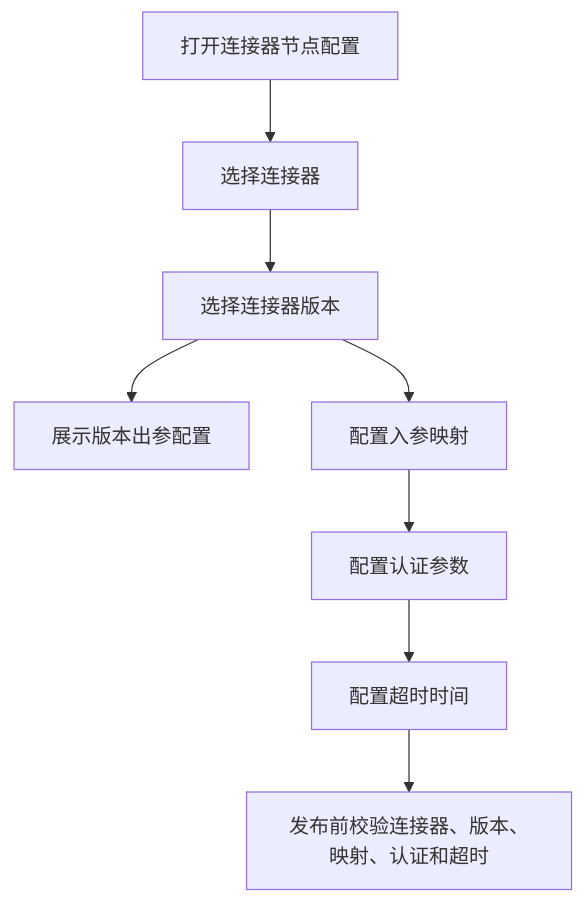
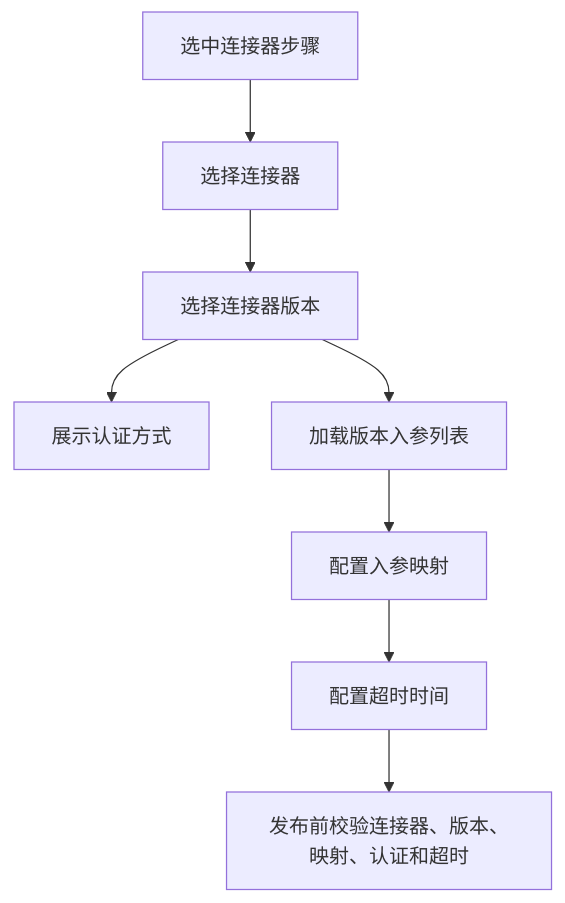
Before and after one commit to THZSummer/open-app: the seventh of 17 diagrams in front/doc/2026年6月文档/连接流配置需求设计说明书.md, drawn with Mermaid. The commit also changed other lines of this file and 2 other files, not shown here.

````diff
--- a/front/doc/2026年6月文档/连接流配置需求设计说明书.md
+++ b/front/doc/2026年6月文档/连接流配置需求设计说明书.md
@@ -318,10 +364,10 @@
 ```mermaid
 flowchart TD
-  OpenConnector[打开连接器节点配置] --> SelectConnector[选择连接器]
+  OpenConnector[选中连接器步骤] --> SelectConnector[选择连接器]
   SelectConnector --> SelectVersion[选择连接器版本]
-  SelectVersion --> LoadOutput[展示版本出参配置]
-  SelectVersion --> EditInputMapping[配置入参映射]
-  EditInputMapping --> EditAuth[配置认证参数]
-  EditAuth --> EditTimeout[配置超时时间]
+  SelectVersion --> LoadAuth[展示认证方式]
+  SelectVersion --> LoadInputParams[加载版本入参列表]
+  LoadInputParams --> EditMapping[配置入参映射]
+  EditMapping --> EditTimeout[配置超时时间]
   EditTimeout --> PublishValidate[发布前校验连接器、版本、映射、认证和超时]
 ```
````
